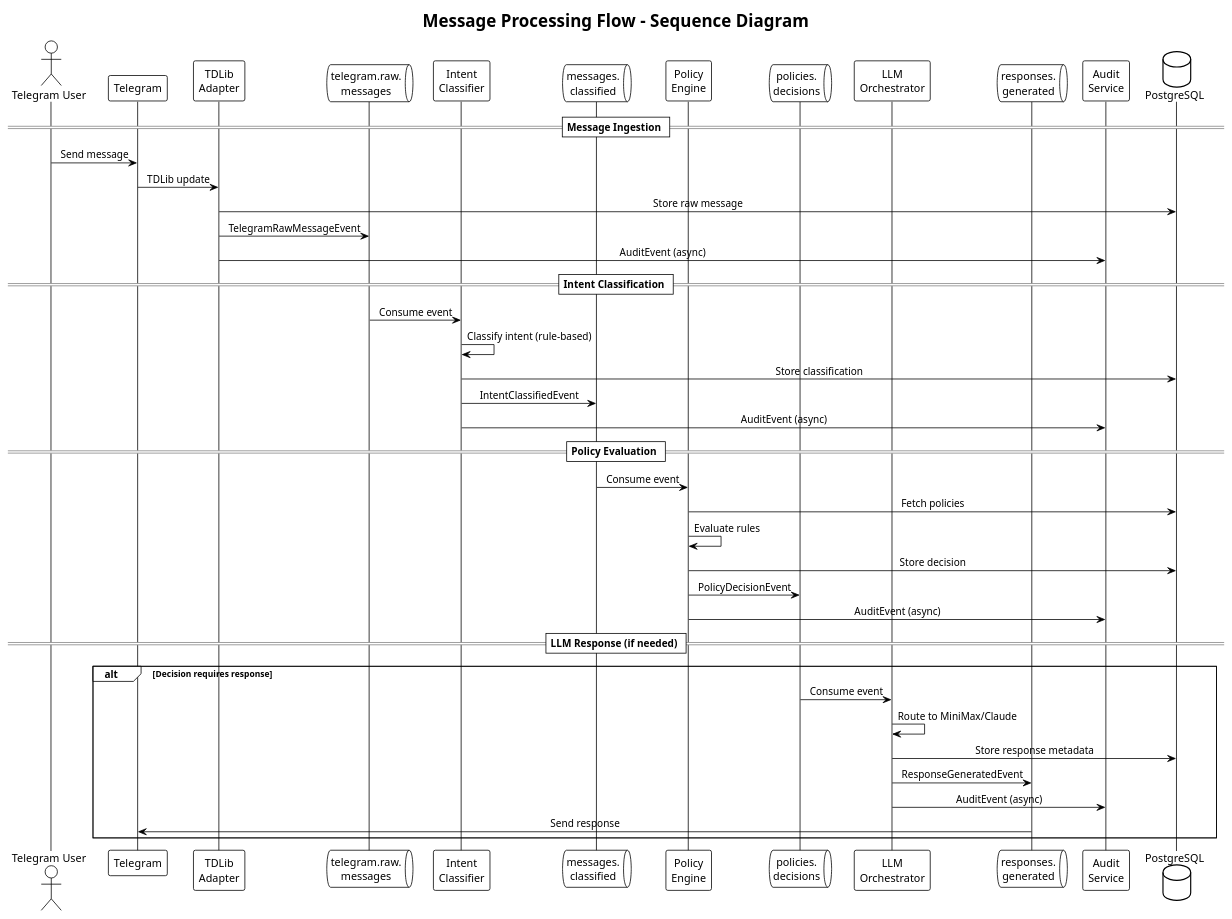
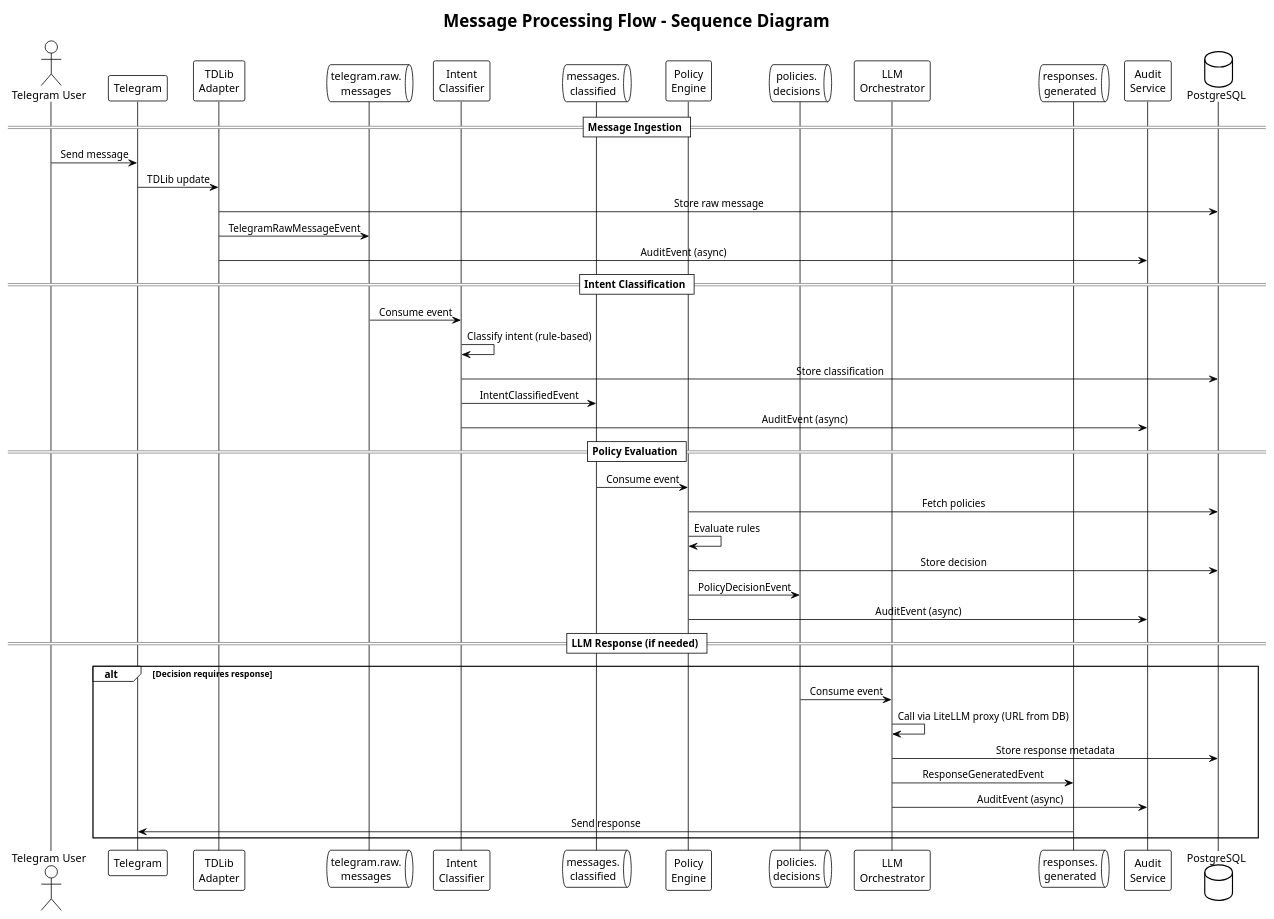
One commit to theyellow/ecip changed the diagram in documentation/diagrams/sequence-message-flow.puml. Above: the diagram before and after it, drawn with PlantUML. The commit also changed 6 other files, not shown here.

First line of the commit message:
docs(diagrams): replace MiniMax/Claude references with LiteLLM proxy

```diff
--- a/documentation/diagrams/sequence-message-flow.puml
+++ b/documentation/diagrams/sequence-message-flow.puml
@@ -1,54 +1,54 @@
 @startuml
 !theme plain
 skinparam sequenceMessageAlign center
 skinparam responseMessageBelowArrow true
 
 title Message Processing Flow - Sequence Diagram
 
 actor "Telegram User" as User
 participant "Telegram" as Telegram
 participant "TDLib\nAdapter" as TDL
 queue "telegram.raw.\nmessages" as Topic1
 participant "Intent\nClassifier" as Intent
 queue "messages.\nclassified" as Topic2
 participant "Policy\nEngine" as Policy
 queue "policies.\ndecisions" as Topic3
 participant "LLM\nOrchestrator" as LLM
 queue "responses.\ngenerated" as Topic4
 participant "Audit\nService" as Audit
 
 database "PostgreSQL" as DB
 
 == Message Ingestion ==
 User -> Telegram: Send message
 Telegram -> TDL: TDLib update
 TDL -> DB: Store raw message
 TDL -> Topic1: TelegramRawMessageEvent
 TDL -> Audit: AuditEvent (async)
 
 == Intent Classification ==
 Topic1 -> Intent: Consume event
 Intent -> Intent: Classify intent (rule-based)
 Intent -> DB: Store classification
 Intent -> Topic2: IntentClassifiedEvent
 Intent -> Audit: AuditEvent (async)
 
 == Policy Evaluation ==
 Topic2 -> Policy: Consume event
 Policy -> DB: Fetch policies
 Policy -> Policy: Evaluate rules
 Policy -> DB: Store decision
 Policy -> Topic3: PolicyDecisionEvent
 Policy -> Audit: AuditEvent (async)
 
 == LLM Response (if needed) ==
 alt Decision requires response
   Topic3 -> LLM: Consume event
-  LLM -> LLM: Route to MiniMax/Claude
+  LLM -> LLM: Call via LiteLLM proxy (URL from DB)
   LLM -> DB: Store response metadata
   LLM -> Topic4: ResponseGeneratedEvent
   LLM -> Audit: AuditEvent (async)
   Topic4 -> Telegram: Send response
 end
 
 @enduml
```
